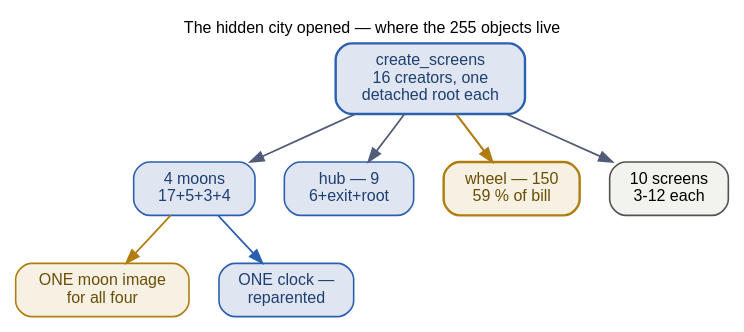
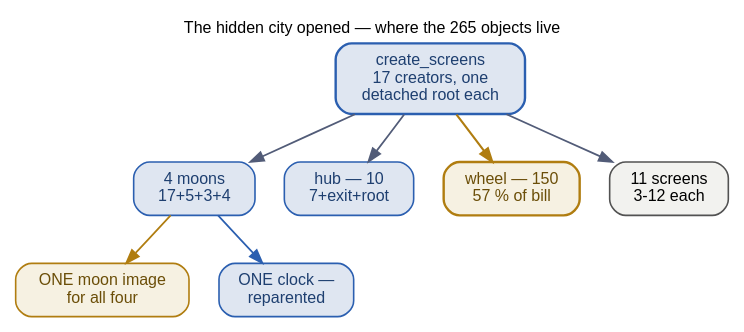
Before and after one commit to ukos-git/moon-clock-esp: the diagram in docs/_graphs/screen-population-city.dot, drawn with Graphviz. The commit also changed 44 other files, not shown here.

```diff
--- a/docs/_graphs/screen-population-city.dot
+++ b/docs/_graphs/screen-population-city.dot
@@ -1,43 +1,43 @@
-// THE HIDDEN CITY opened: where the 255 objects live and which few
+// THE HIDDEN CITY opened: where the 265 objects live and which few
 // the awake user ever sees. The per-screen object counts are parsed,
 // not recalled — docs/tools/gen_perf_assembly.py re-derives every
 // number and SystemExits on drift; the concentration facts (the
 // wheel's 150, the shared moon image, the ONE reparented clock
 // widget) carry their line refs in the page caption. The population
 // in black boxes is docs/_graphs/screen-population.dot (this page);
 // the visit mechanics are screen-population-visit.dot. FONTS: 12 pt
 // = the page's 16 px body text at 1:1 — kept inside the content
 // column.
 // Rendered inline as SVG by sphinx.ext.graphviz (dot on PATH).
 digraph screen_population_city {
     rankdir=TB;
-    label="The hidden city opened — where the 255 objects live";
+    label="The hidden city opened — where the 265 objects live";
     labelloc="t"; labeljust="c";
     fontname="Helvetica"; fontsize=12;
     graph [nodesep=0.3, ranksep=0.5];
     node [fontname="Helvetica", fontsize=12, shape=box, style="rounded,filled",
           width=0, height=0, margin="0.16,0.10", fillcolor="#f2f2ef",
           color="#525252", penwidth=1.2];
     edge [fontname="Helvetica", fontsize=12, color="#525c78", penwidth=1.3];
 
-    createfn [label="create_screens\n16 creators, one\ndetached root each",
+    createfn [label="create_screens\n17 creators, one\ndetached root each",
               fillcolor="#dfe6f1", color="#2b5fb0", fontcolor="#1e3f70", penwidth=1.8];
     root4 [label="4 moons\n17+5+3+4",
            fillcolor="#dfe6f1", color="#2b5fb0", fontcolor="#1e3f70"];
-    hubn [label="hub — 9\n6+exit+root",
+    hubn [label="hub — 10\n7+exit+root",
           fillcolor="#dfe6f1", color="#2b5fb0", fontcolor="#1e3f70"];
-    wheeln [label="wheel — 150\n59 % of bill",
+    wheeln [label="wheel — 150\n57 % of bill",
             fillcolor="#f6f1e2", color="#b07d10", fontcolor="#6b4e08", penwidth=1.8];
-    restn [label="10 screens\n3-12 each"];
+    restn [label="11 screens\n3-12 each"];
     moonimg [label="ONE moon image\nfor all four",
              fillcolor="#f6f1e2", color="#b07d10", fontcolor="#6b4e08"];
     clockw [label="ONE clock —\nreparented",
             fillcolor="#dfe6f1", color="#2b5fb0", fontcolor="#1e3f70"];
 
     createfn -> root4;
     createfn -> hubn;
     createfn -> wheeln [color="#b07d10", fontcolor="#6b4e08", penwidth=1.6];
     createfn -> restn;
     root4 -> moonimg [color="#b07d10", fontcolor="#6b4e08"];
     root4 -> clockw [color="#2b5fb0", fontcolor="#1e3f70"];
 }
```
